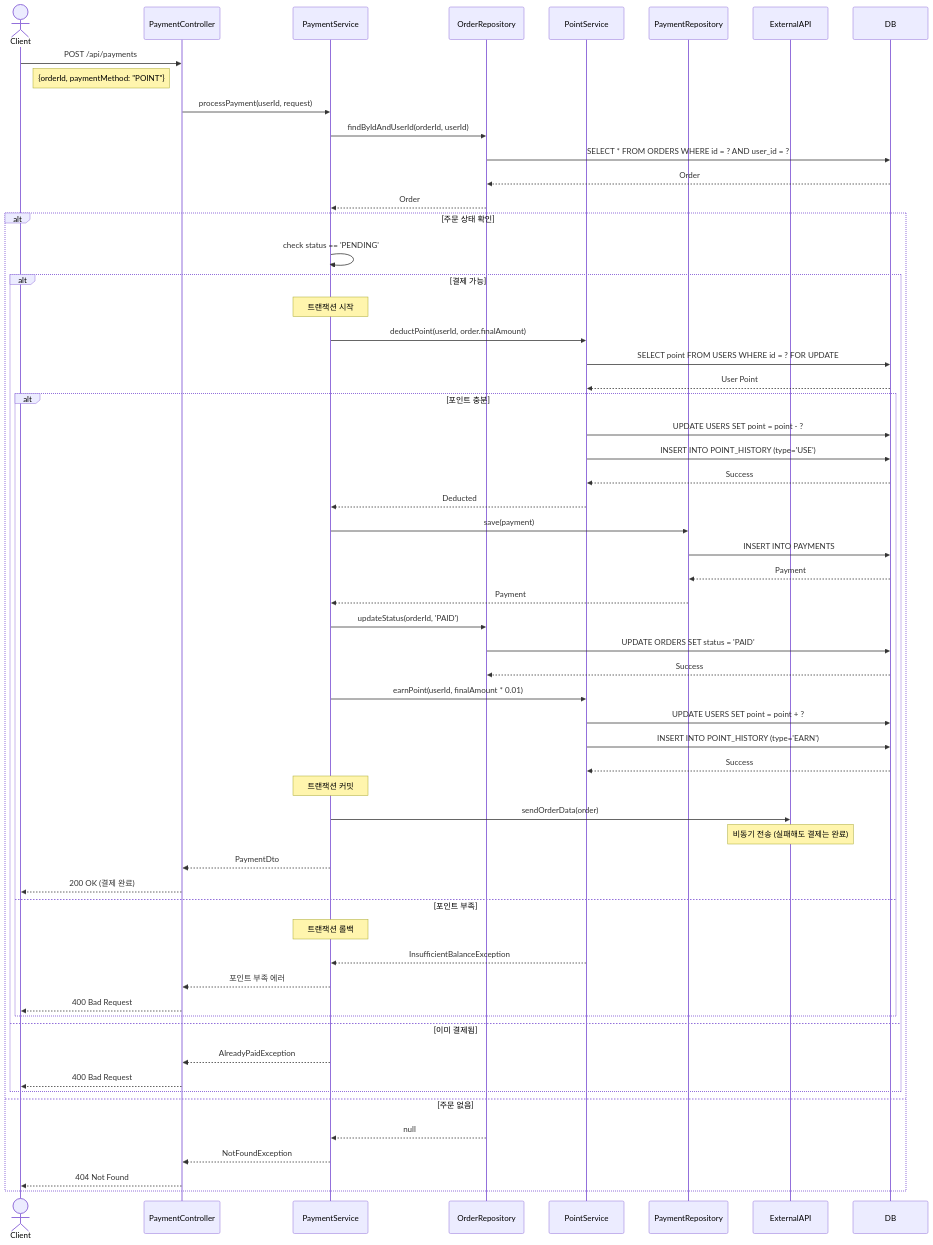
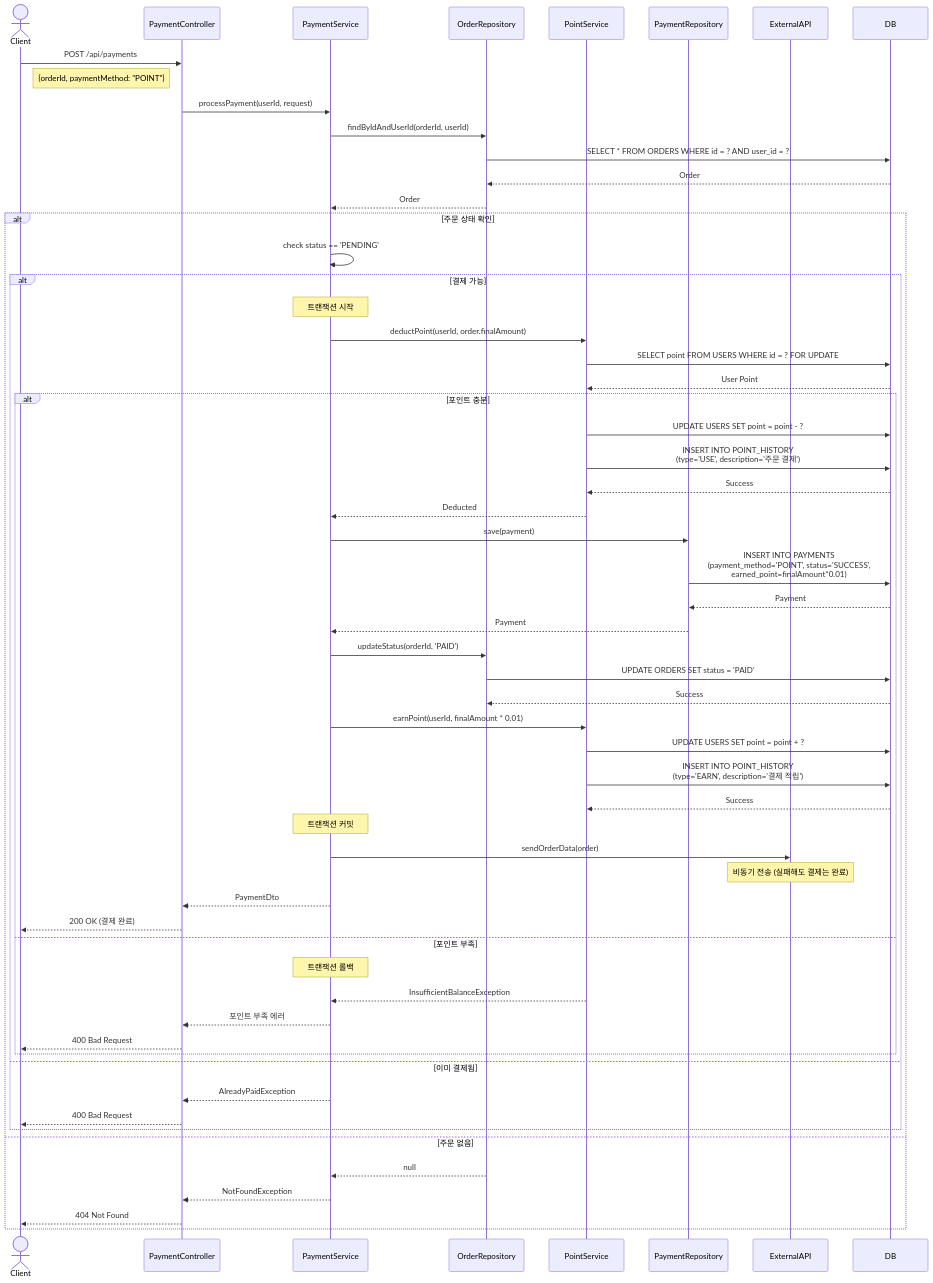
Before and after one commit to hensu2/hhplus-ecommerce: diagram 19 of 21 in docs/sequence-diagrams.md, drawn with Mermaid. The commit also changed other lines of this file and 48 other files, not shown here.

````diff
--- a/docs/sequence-diagrams.md
+++ b/docs/sequence-diagrams.md
@@ -867,73 +864,73 @@
 ```mermaid
 sequenceDiagram
     actor Client
     participant PaymentController
     participant PaymentService
     participant OrderRepository
     participant PointService
     participant PaymentRepository
     participant ExternalAPI
     participant DB
 
     Client->>PaymentController: POST /api/payments
     Note right of Client: {orderId, paymentMethod: "POINT"}
     PaymentController->>PaymentService: processPayment(userId, request)
 
     PaymentService->>OrderRepository: findByIdAndUserId(orderId, userId)
     OrderRepository->>DB: SELECT * FROM ORDERS WHERE id = ? AND user_id = ?
     DB-->>OrderRepository: Order
     OrderRepository-->>PaymentService: Order
 
     alt 주문 상태 확인
         PaymentService->>PaymentService: check status == 'PENDING'
 
         alt 결제 가능
             Note over PaymentService: 트랜잭션 시작
 
             PaymentService->>PointService: deductPoint(userId, order.finalAmount)
             PointService->>DB: SELECT point FROM USERS WHERE id = ? FOR UPDATE
             DB-->>PointService: User Point
 
             alt 포인트 충분
                 PointService->>DB: UPDATE USERS SET point = point - ?
-                PointService->>DB: INSERT INTO POINT_HISTORY (type='USE')
+                PointService->>DB: INSERT INTO POINT_HISTORY<br/>(type='USE', description='주문 결제')
                 DB-->>PointService: Success
                 PointService-->>PaymentService: Deducted
 
                 PaymentService->>PaymentRepository: save(payment)
-                PaymentRepository->>DB: INSERT INTO PAYMENTS
+                PaymentRepository->>DB: INSERT INTO PAYMENTS<br/>(payment_method='POINT', status='SUCCESS',<br/>earned_point=finalAmount*0.01)
                 DB-->>PaymentRepository: Payment
                 PaymentRepository-->>PaymentService: Payment
 
                 PaymentService->>OrderRepository: updateStatus(orderId, 'PAID')
                 OrderRepository->>DB: UPDATE ORDERS SET status = 'PAID'
                 DB-->>OrderRepository: Success
 
                 PaymentService->>PointService: earnPoint(userId, finalAmount * 0.01)
                 PointService->>DB: UPDATE USERS SET point = point + ?
-                PointService->>DB: INSERT INTO POINT_HISTORY (type='EARN')
+                PointService->>DB: INSERT INTO POINT_HISTORY<br/>(type='EARN', description='결제 적립')
                 DB-->>PointService: Success
 
                 Note over PaymentService: 트랜잭션 커밋
 
                 PaymentService->>ExternalAPI: sendOrderData(order)
                 Note over ExternalAPI: 비동기 전송 (실패해도 결제는 완료)
 
                 PaymentService-->>PaymentController: PaymentDto
                 PaymentController-->>Client: 200 OK (결제 완료)
             else 포인트 부족
                 Note over PaymentService: 트랜잭션 롤백
                 PointService-->>PaymentService: InsufficientBalanceException
                 PaymentService-->>PaymentController: 포인트 부족 에러
                 PaymentController-->>Client: 400 Bad Request
             end
         else 이미 결제됨
             PaymentService-->>PaymentController: AlreadyPaidException
             PaymentController-->>Client: 400 Bad Request
         end
     else 주문 없음
         OrderRepository-->>PaymentService: null
         PaymentService-->>PaymentController: NotFoundException
         PaymentController-->>Client: 404 Not Found
     end
 ```
````
